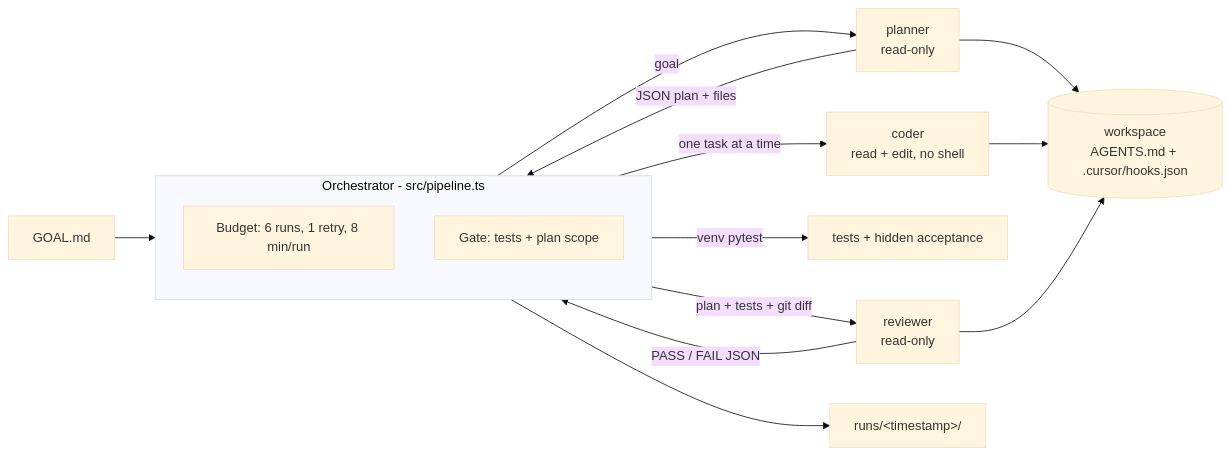
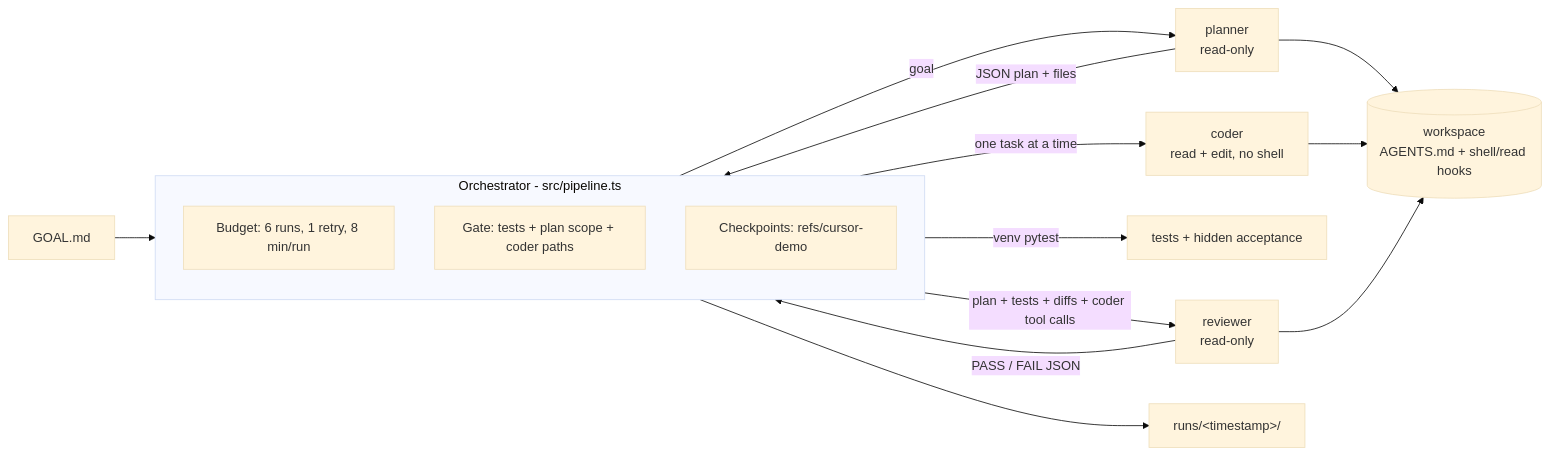
The diagram in README.md (nishanttyagi28/agent-control-tower), drawn with Mermaid (base theme) before and after one commit. The commit also changed other lines of this file and 2 other files, not shown here.

First line of the commit message:
docs: describe checkpoints, retry policy, per-role models and the read hook

````diff
--- a/README.md
+++ b/README.md
@@ -17,16 +20,17 @@
 ```mermaid
 flowchart LR
     goal[GOAL.md] --> O
     subgraph O[Orchestrator - src/pipeline.ts]
         B[Budget: 6 runs, 1 retry, 8 min/run]
-        G[Gate: tests + plan scope]
+        G[Gate: tests + plan scope + coder paths]
+        K[Checkpoints: refs/cursor-demo]
     end
     O -->|goal| P[planner<br/>read-only]
     P -->|JSON plan + files| O
     O -->|one task at a time| C[coder<br/>read + edit, no shell]
     O -->|venv pytest| T[tests + hidden acceptance]
-    O -->|plan + tests + git diff| R[reviewer<br/>read-only]
+    O -->|plan + tests + diffs + coder tool calls| R[reviewer<br/>read-only]
     R -->|PASS / FAIL JSON| O
-    P & C & R --> W[(workspace<br/>AGENTS.md + .cursor/hooks.json)]
+    P & C & R --> W[(workspace<br/>AGENTS.md + shell/read hooks)]
     O --> L[runs/&lt;timestamp&gt;/]
 ```
````
